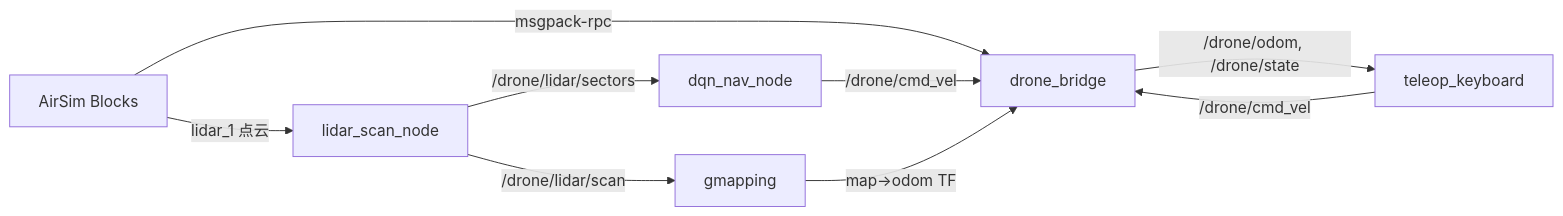
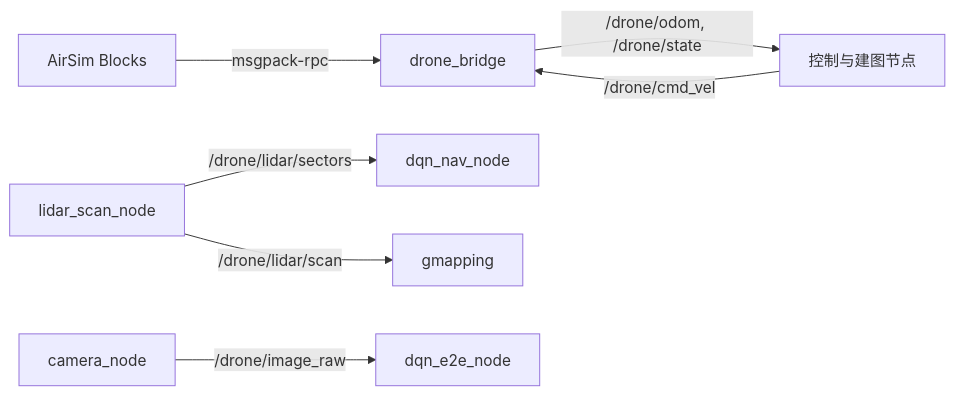
Before and after one commit to OpenHUTB/ros2: the diagram in docs/air/uav_lidar_dqn_navigation/index.md, drawn with Mermaid. The commit also changed other lines of this file and 20 other files, not shown here.

````diff
--- a/docs/air/uav_lidar_dqn_navigation/index.md
+++ b/docs/air/uav_lidar_dqn_navigation/index.md
@@ -41,11 +46,9 @@
 ```mermaid
 flowchart LR
     A[AirSim Blocks] -- msgpack-rpc --> B[drone_bridge]
-    B -- /drone/odom, /drone/state --> C[teleop_keyboard]
+    B -- /drone/odom, /drone/state --> C[控制与建图节点]
     C -- /drone/cmd_vel --> B
-    A -- lidar_1 点云 --> D[lidar_scan_node]
-    D -- /drone/lidar/sectors --> E[dqn_nav_node]
+    D[lidar_scan_node] -- /drone/lidar/sectors --> E[dqn_nav_node]
     D -- /drone/lidar/scan --> F[gmapping]
-    E -- /drone/cmd_vel --> B
-    F -- map->odom TF --> B
+    G[camera_node] -- /drone/image_raw --> H[dqn_e2e_node]
 ```
````
